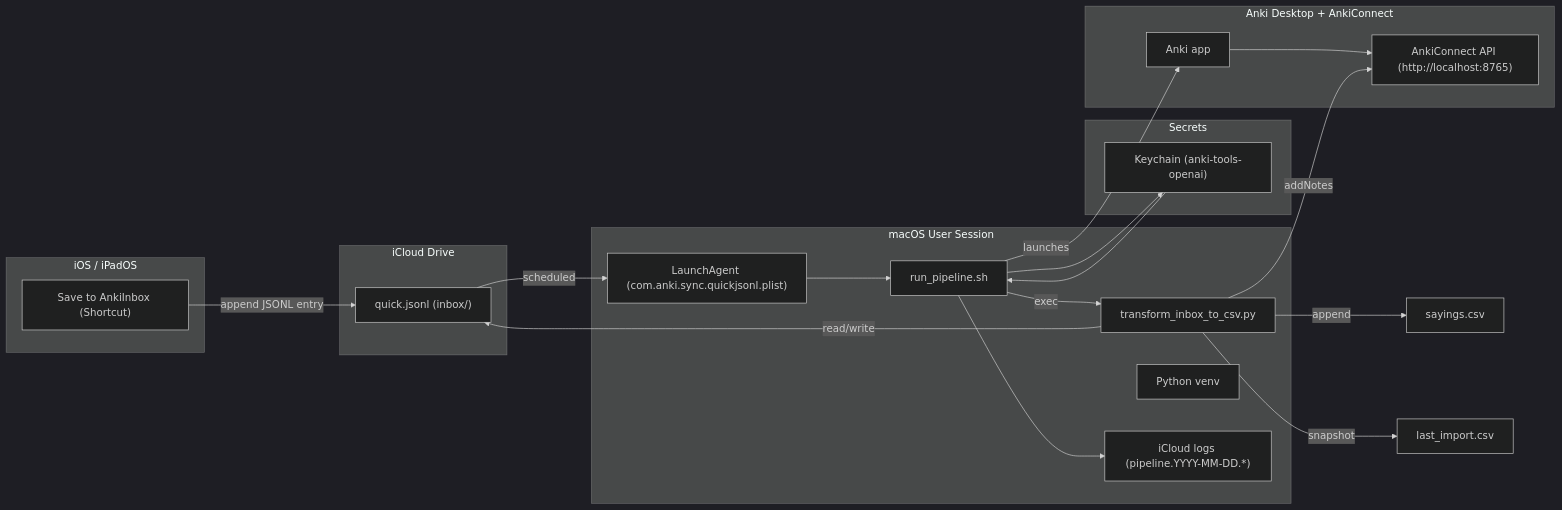
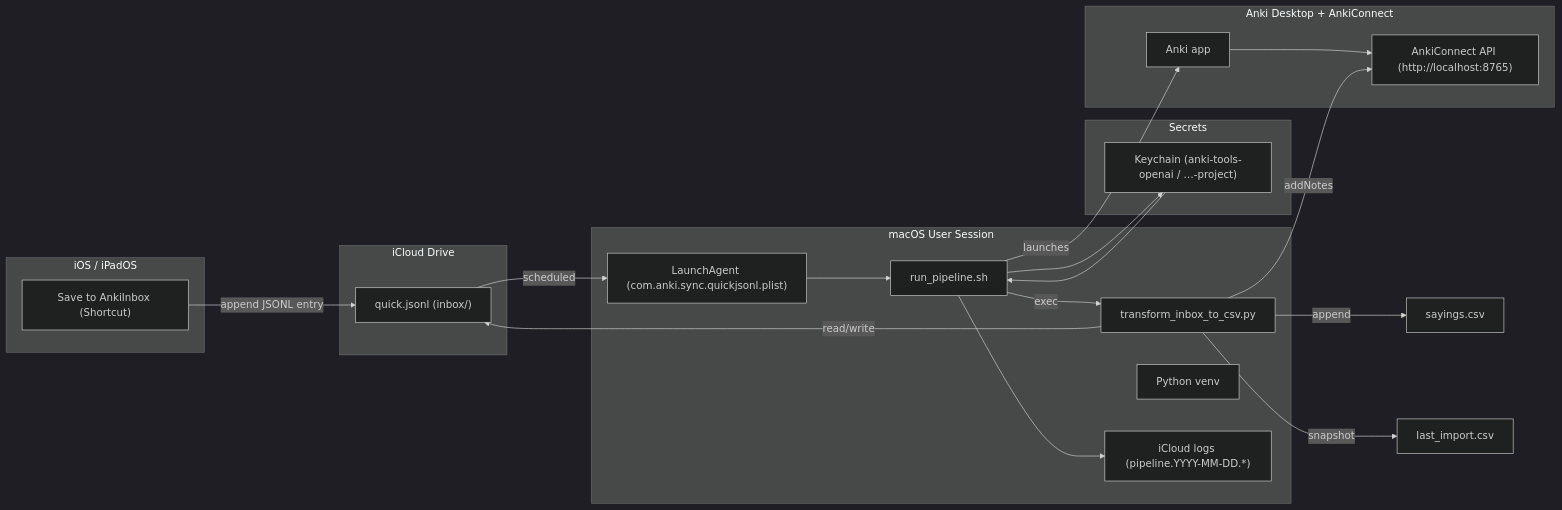
Before and after one commit to ksimons29/anki-portuguese-sayings: the diagram in README.md, drawn with Mermaid (dark theme). The commit also changed other lines of this file and 4 other files, not shown here.

````diff
--- a/README.md
+++ b/README.md
@@ -134,41 +134,41 @@
 ```mermaid
 flowchart LR
   subgraph Shortcuts["iOS / iPadOS"]
     S["Save to AnkiInbox (Shortcut)"]
   end
 
   subgraph iCloud["iCloud Drive"]
     Q["quick.jsonl (inbox/)"]
   end
 
   subgraph macOS["macOS User Session"]
     LA["LaunchAgent (com.anki.sync.quickjsonl.plist)"]
     SH["run_pipeline.sh"]
     PY["transform_inbox_to_csv.py"]
     VENV["Python venv"]
     LOG["iCloud logs (pipeline.YYYY-MM-DD.*)"]
   end
 
   subgraph Secrets["Secrets"]
-    KC["Keychain (anki-tools-openai)"]
+    KC["Keychain (anki-tools-openai / …-project)"]
   end
 
   subgraph Anki["Anki Desktop + AnkiConnect"]
     AK["Anki app"]
     AC["AnkiConnect API (http://localhost:8765)"]
   end
 
   %% new data source
   S -->|append JSONL entry| Q
 
   %% existing flow
   Q -->|scheduled| LA --> SH --> KC
   KC --> SH
   SH -->|launches| AK --> AC
   SH -->|exec| PY
   PY -->|read/write| Q
   PY -->|append| CSV["sayings.csv"]
   PY -->|snapshot| LAST["last_import.csv"]
   PY -->|addNotes| AC
   SH --> LOG
 ```
````
